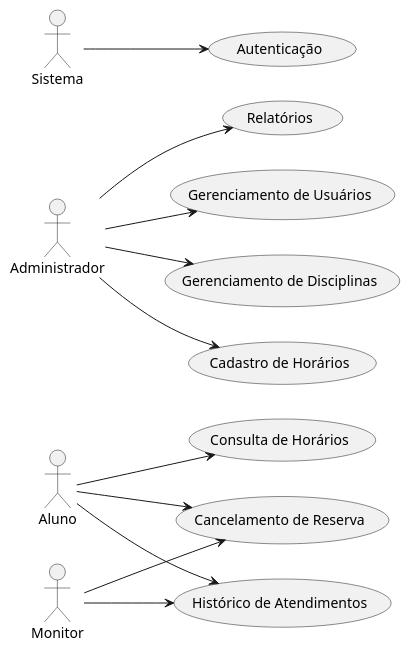
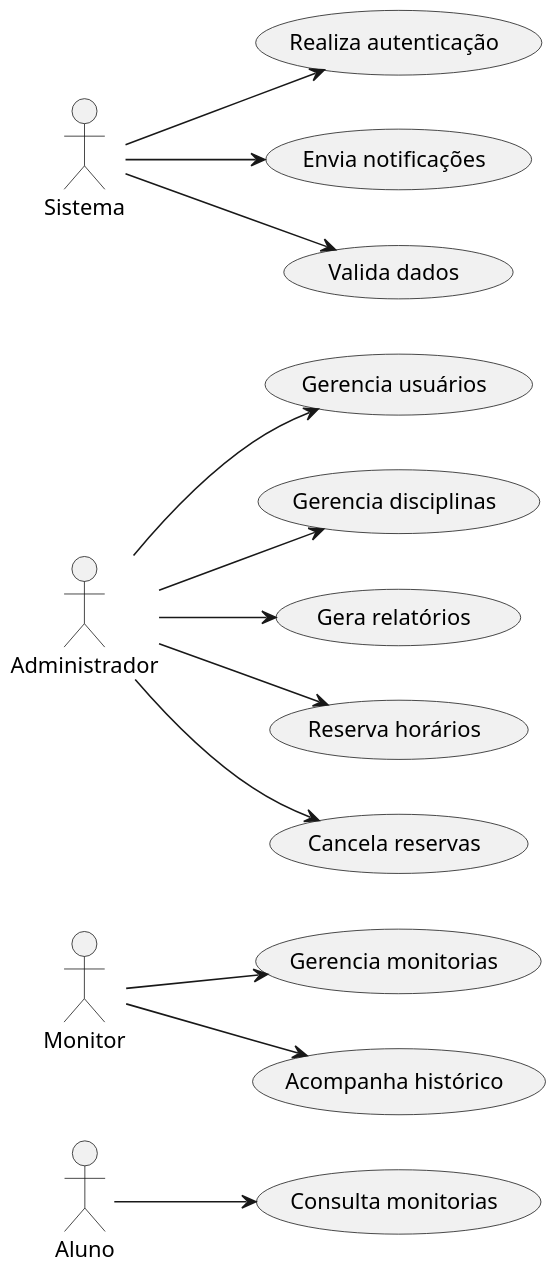
One commit to Projetos-de-Extensao/PBE_25.2_8003_I changed the diagram in docs/Elaboracao/casos_de_uso.md. Above: the diagram before and after it, drawn with PlantUML. The commit also changed other lines of this file and 13 other files, not shown here.

````diff
--- a/docs/Elaboracao/casos_de_uso.md
+++ b/docs/Elaboracao/casos_de_uso.md
@@ -142,25 +150,31 @@
 ```puml
-@startuml teste
+@startuml
 left to right direction
+skinparam dpi 150
+
 
 actor Aluno
 actor Monitor
 actor Administrador
 actor Sistema
 
 
-Aluno --> (Consulta de Horários)
-Aluno --> (Histórico de Atendimentos)
-Aluno --> (Cancelamento de Reserva)
+Aluno --> (Consulta monitorias)
 
-Monitor --> (Histórico de Atendimentos)
-Monitor --> (Cancelamento de Reserva)
 
-Administrador --> (Relatórios)
-Administrador --> (Gerenciamento de Usuários)
-Administrador --> (Gerenciamento de Disciplinas)
-Administrador --> (Cadastro de Horários)
+Monitor --> (Gerencia monitorias)
+Monitor --> (Acompanha histórico)
 
-Sistema --> (Autenticação)
+
+Administrador --> (Gerencia usuários)
+Administrador --> (Gerencia disciplinas)
+Administrador --> (Gera relatórios)
+Administrador --> (Reserva horários)
+Administrador --> (Cancela reservas)
+
+
+Sistema --> (Realiza autenticação)
+Sistema --> (Envia notificações)
+Sistema --> (Valida dados)
 @enduml
 ```
````
